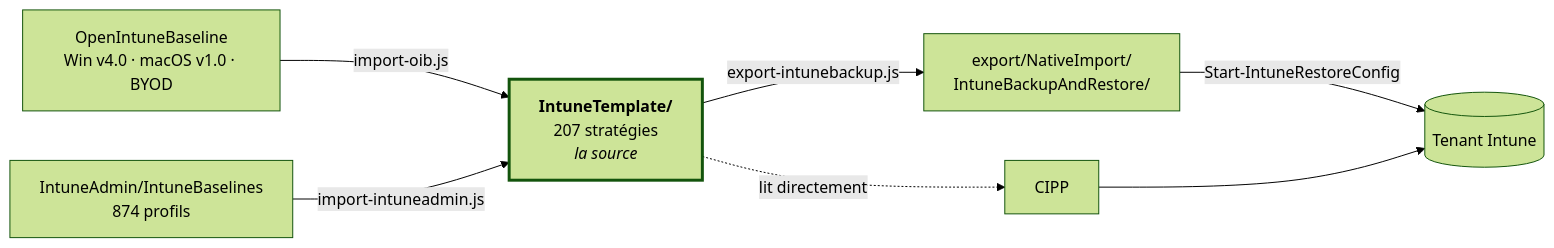
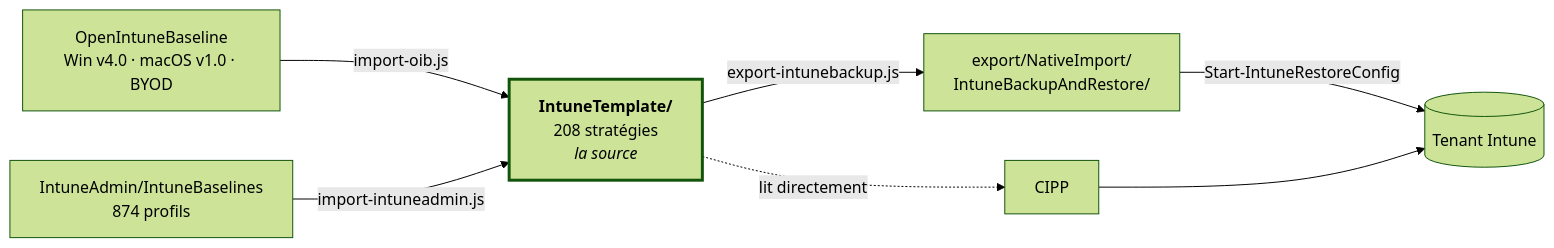
The diagram in README.fr.md (sjkanon/IntuneBackup), drawn with Mermaid (forest theme) before and after one commit. The commit also changed other lines of this file and 31 other files, not shown here.

````diff
--- a/README.fr.md
+++ b/README.fr.md
@@ -20,17 +20,17 @@
 ```mermaid
 flowchart LR
   OIB["OpenIntuneBaseline<br/>Win v4.0 · macOS v1.0 · BYOD"]
-  T["<b>IntuneTemplate/</b><br/>207 stratégies<br/><i>la source</i>"]
+  T["<b>IntuneTemplate/</b><br/>208 stratégies<br/><i>la source</i>"]
   EX["export/NativeImport/<br/>IntuneBackupAndRestore/"]
   TENANT[("Tenant Intune")]
 
   OIB -->|import-oib.js| T
   T -->|export-intunebackup.js| EX
   T -.->|lit directement| CIPP[CIPP]
   EX -->|Start-IntuneRestoreConfig| TENANT
   CIPP --> TENANT
 
   IA["IntuneAdmin/IntuneBaselines<br/>874 profils"] -->|import-intuneadmin.js| T
 
   style T stroke-width:3px
 ```
````
